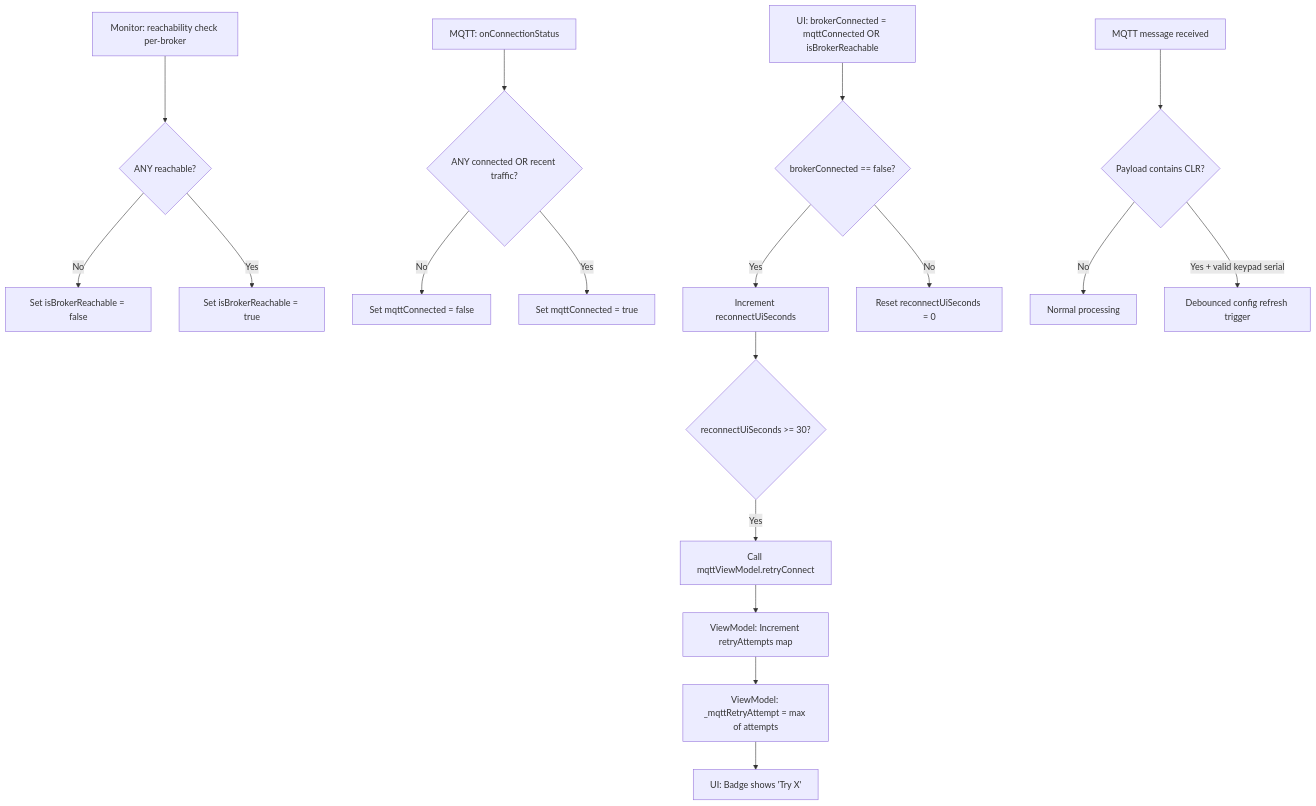
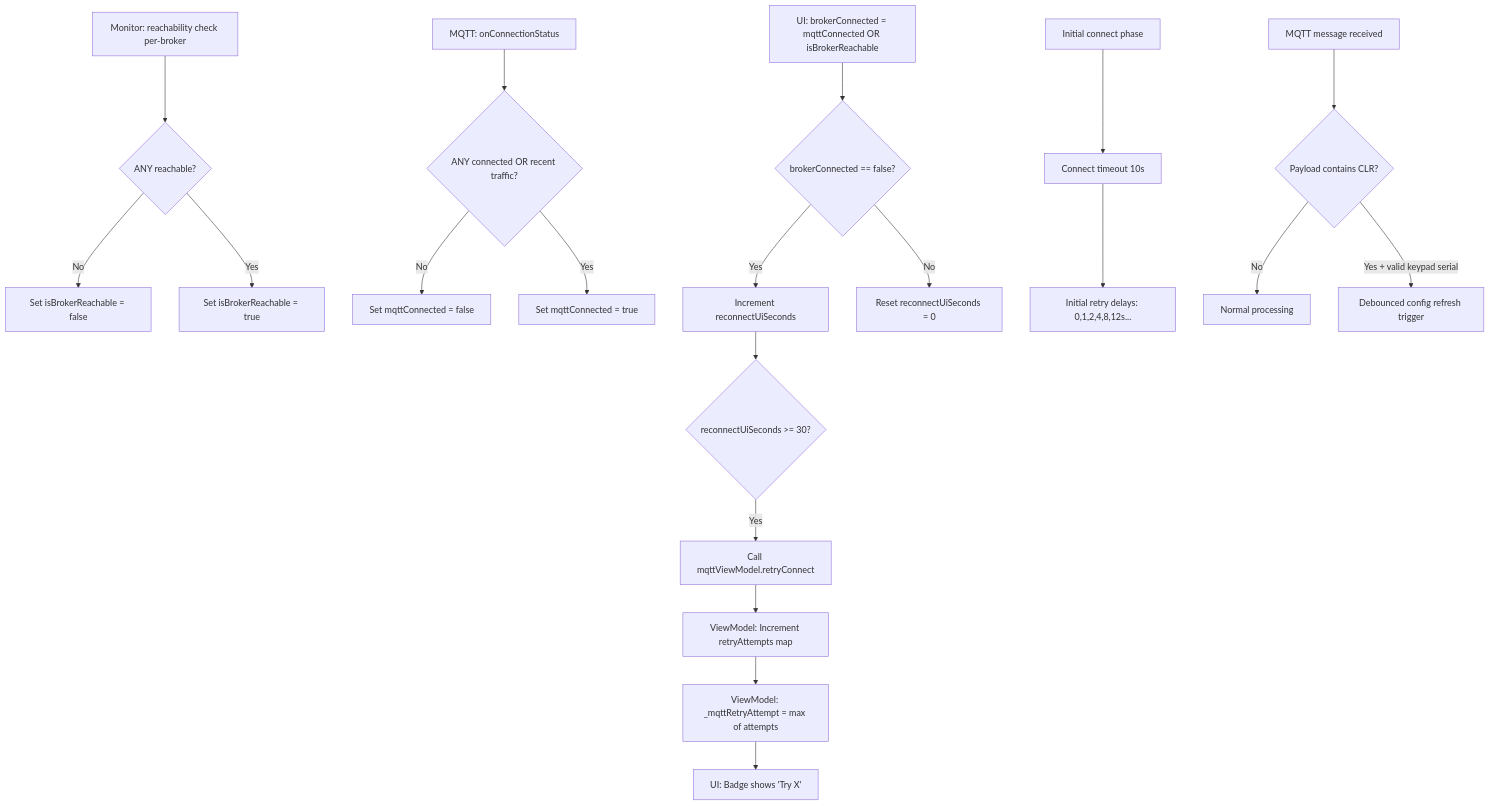
Before and after one commit to AdhiAdithyan/CallQTV: the second of 3 diagrams in docs/FLOWCHARTS.md, drawn with Mermaid. The commit also changed other lines of this file and 8 other files, not shown here.

````diff
--- a/docs/FLOWCHARTS.md
+++ b/docs/FLOWCHARTS.md
@@ -33,25 +38,28 @@
 ```mermaid
 flowchart TD
     A[Monitor: reachability check per-broker] --> B{ANY reachable?}
     B -->|No| C[Set isBrokerReachable = false]
     B -->|Yes| D[Set isBrokerReachable = true]
     
     E[MQTT: onConnectionStatus] --> F{ANY connected OR recent traffic?}
     F -->|No| G[Set mqttConnected = false]
     F -->|Yes| H[Set mqttConnected = true]
 
     I[UI: brokerConnected = mqttConnected OR isBrokerReachable]
     I --> J{brokerConnected == false?}
     J -->|Yes| K[Increment reconnectUiSeconds]
     J -->|No| L[Reset reconnectUiSeconds = 0]
 
     K --> M{reconnectUiSeconds >= 30?}
     M -->|Yes| N[Call mqttViewModel.retryConnect]
     N --> O[ViewModel: Increment retryAttempts map]
     O --> P[ViewModel: _mqttRetryAttempt = max of attempts]
     P --> Q[UI: Badge shows 'Try X']
 
+    Z[Initial connect phase] --> Z1[Connect timeout 10s]
+    Z1 --> Z2[Initial retry delays: 0,1,2,4,8,12s...]
+
     R[MQTT message received] --> S{Payload contains CLR?}
     S -->|No| T[Normal processing]
     S -->|Yes + valid keypad serial| U[Debounced config refresh trigger]
 ```
````
